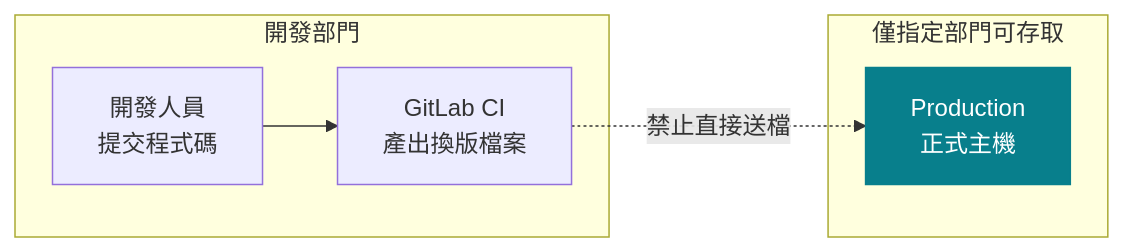
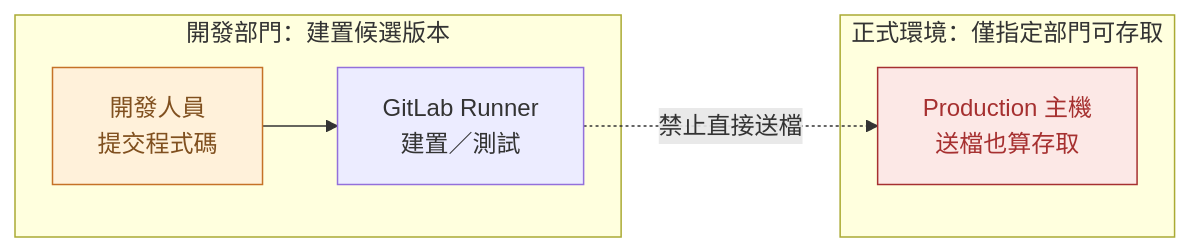
The diagram in docs/presentations/diagrams/production-boundary.mmd (cyljacky02/gitlab-win-cicd), drawn with Mermaid before and after one commit. The commit also changed 28 other files, not shown here.

Commit message:
docs: simplify Windows deployment proposal with event-driven ADO architecture

```diff
--- a/docs/presentations/diagrams/production-boundary.mmd
+++ b/docs/presentations/diagrams/production-boundary.mmd
@@ -1,18 +1,21 @@
 flowchart LR
 %% @name production-boundary
 %% @lane dev 0 0 420 260
 %% @lane prod 465 0 415 260
-subgraph dev["開發部門"]
+subgraph dev["開發部門：建置候選版本"]
  A["開發人員<br/>提交程式碼"]
- B["GitLab CI<br/>產出換版檔案"]
+ B["GitLab Runner<br/>建置／測試"]
 end
-subgraph prod["僅指定部門可存取"]
- C["Production<br/>正式主機"]
+subgraph prod["正式環境：僅指定部門可存取"]
+ C["Production 主機<br/>送檔也算存取"]
 end
-%% @node A 25 95 160 80
-%% @node B 225 95 165 80
-%% @node C 615 95 200 80
+%% @node A 20 95 170 80
+%% @node B 225 95 175 80
+%% @node C 555 95 295 80
+%% @label B C 403 55 155
 A --> B
 B -.->|"禁止直接送檔"| C
-class C target
-classDef target fill:#087F8C,color:#ffffff,stroke:#087F8C
+class A control
+class C blocked
+classDef control fill:#FFF1DA,color:#80501F,stroke:#C57227
+classDef blocked fill:#FCE8E6,color:#A63030,stroke:#A63030
```
